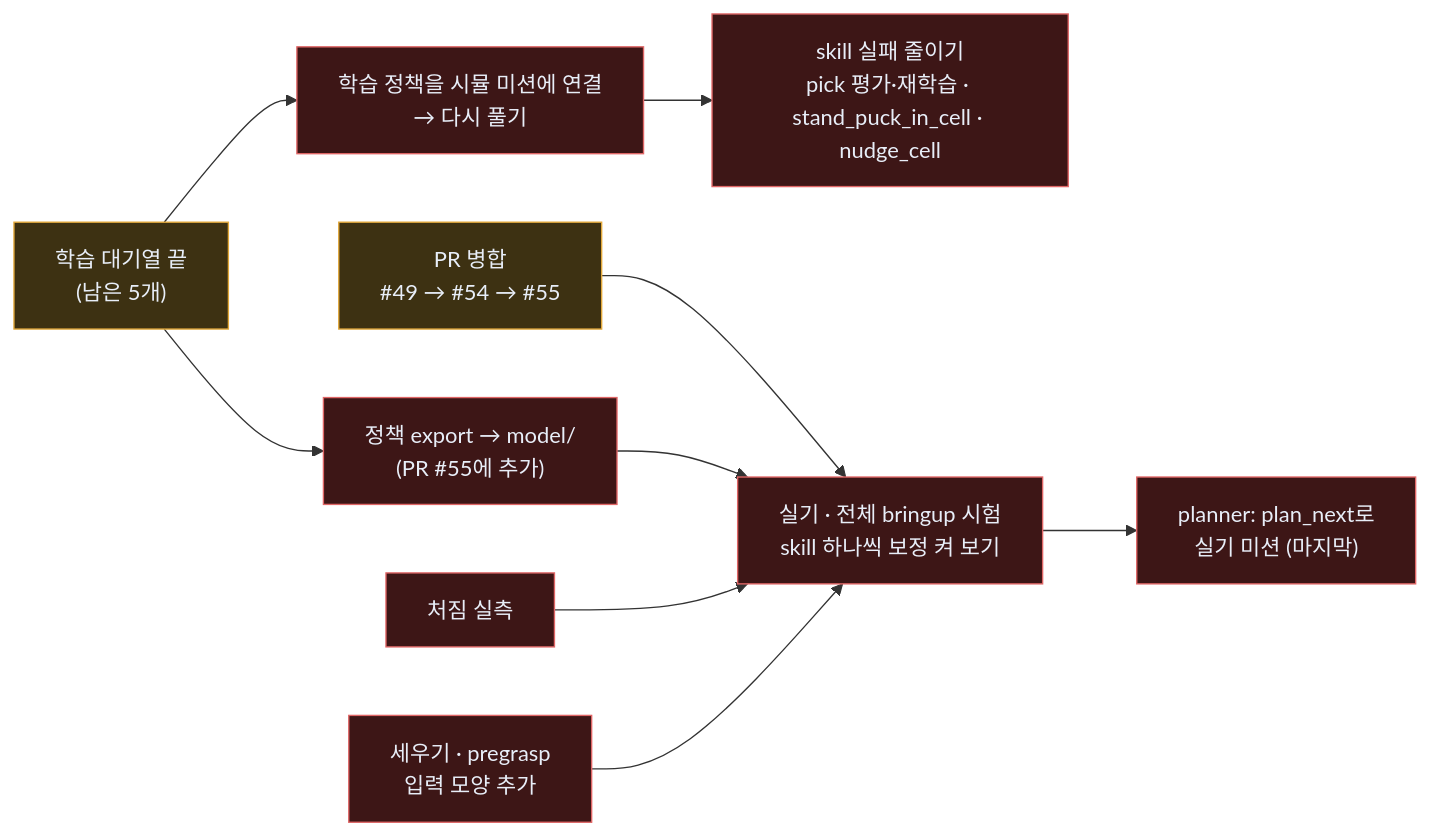
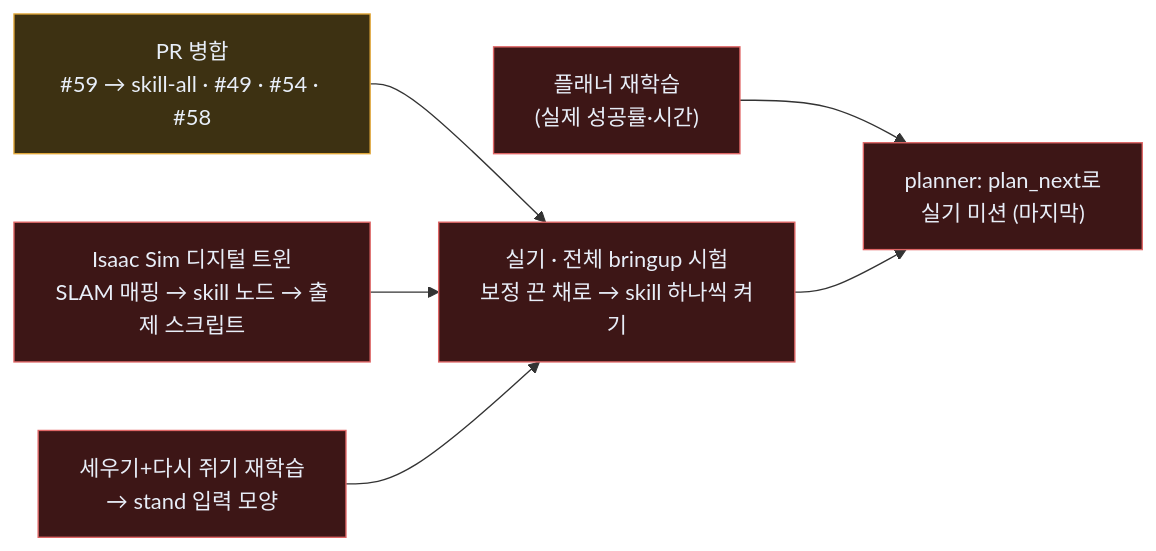
One commit to JuneKunst/JuneKunst.github.io changed the ninth of 9 diagrams in bee/system-map.md. Above: the diagram before and after it, drawn with Mermaid. The commit also changed other lines of this file and 18 other files, not shown here.

````diff
--- a/bee/system-map.md
+++ b/bee/system-map.md
@@ -378,13 +377,10 @@
 ```mermaid
 flowchart LR
-  g6_A["학습 대기열 끝<br/>(남은 5개)"]:::wip --> g6_B["정책 export → model/<br/>(PR #55에 추가)"]:::no
-  g6_A --> g6_S["학습 정책을 시뮬 미션에 연결<br/>→ 다시 풀기"]:::no
-  g6_S --> g6_C["skill 실패 줄이기<br/>pick 평가·재학습 · stand_puck_in_cell · nudge_cell"]:::no
-  g6_M["PR 병합<br/>#49 → #54 → #55"]:::wip --> g6_F["실기 · 전체 bringup 시험<br/>skill 하나씩 보정 켜 보기"]:::no
-  g6_B --> g6_F
-  g6_H["처짐 실측"]:::no --> g6_F
-  g6_L["세우기 · pregrasp<br/>입력 모양 추가"]:::no --> g6_F
+  g6_P["PR 병합<br/>#59 → skill-all · #49 · #54 · #58"]:::wip --> g6_F["실기 · 전체 bringup 시험<br/>보정 끈 채로 → skill 하나씩 켜기"]:::no
+  g6_S["Isaac Sim 디지털 트윈<br/>SLAM 매핑 → skill 노드 → 출제 스크립트"]:::no --> g6_F
+  g6_R["세우기+다시 쥐기 재학습<br/>→ stand 입력 모양"]:::no --> g6_F
+  g6_L["플래너 재학습<br/>(실제 성공률·시간)"]:::no --> g6_I
   g6_F --> g6_I["planner: plan_next로<br/>실기 미션 (마지막)"]:::no
   classDef wip fill:#3d3112,stroke:#e2a83a,color:#e8eef8
   classDef no fill:#3d1616,stroke:#e06666,color:#e8eef8
 ```
````
